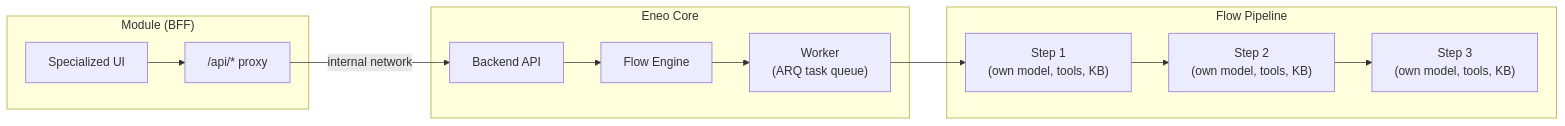
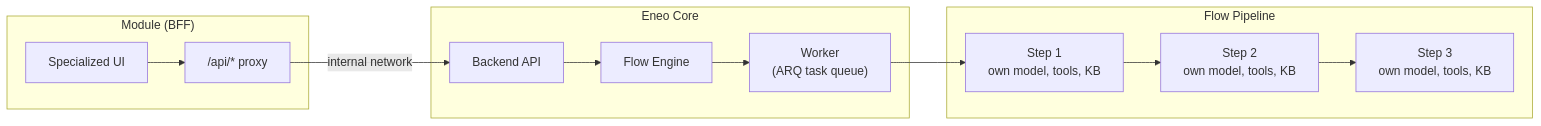
One commit to CCimen/eneo-modules-example changed the first of 3 diagrams in README.md. Above: the diagram before and after it, drawn with Mermaid. The commit also changed other lines of this file, not shown here.

First line of the commit message:
Fix mermaid multi-line labels using markdown string syntax

````diff
--- a/README.md
+++ b/README.md
@@ -31,25 +31,29 @@
 ```mermaid
-graph LR
+flowchart LR
     subgraph Module["Module (BFF)"]
         UI["Specialized UI"]
         BFF["/api/* proxy"]
     end
 
     subgraph Eneo["Eneo Core"]
         API["Backend API"]
         Engine["Flow Engine"]
-        Worker["Worker\n(ARQ task queue)"]
+        Worker["`Worker
+(ARQ task queue)`"]
     end
 
     subgraph Flow["Flow Pipeline"]
-        S1["Step 1\n(own model, tools, KB)"]
-        S2["Step 2\n(own model, tools, KB)"]
-        S3["Step 3\n(own model, tools, KB)"]
+        S1["`Step 1
+own model, tools, KB`"]
+        S2["`Step 2
+own model, tools, KB`"]
+        S3["`Step 3
+own model, tools, KB`"]
     end
 
     UI --> BFF
     BFF -->|"internal network"| API
     API --> Engine
     Engine --> Worker
     Worker --> S1 --> S2 --> S3
 ```
````
